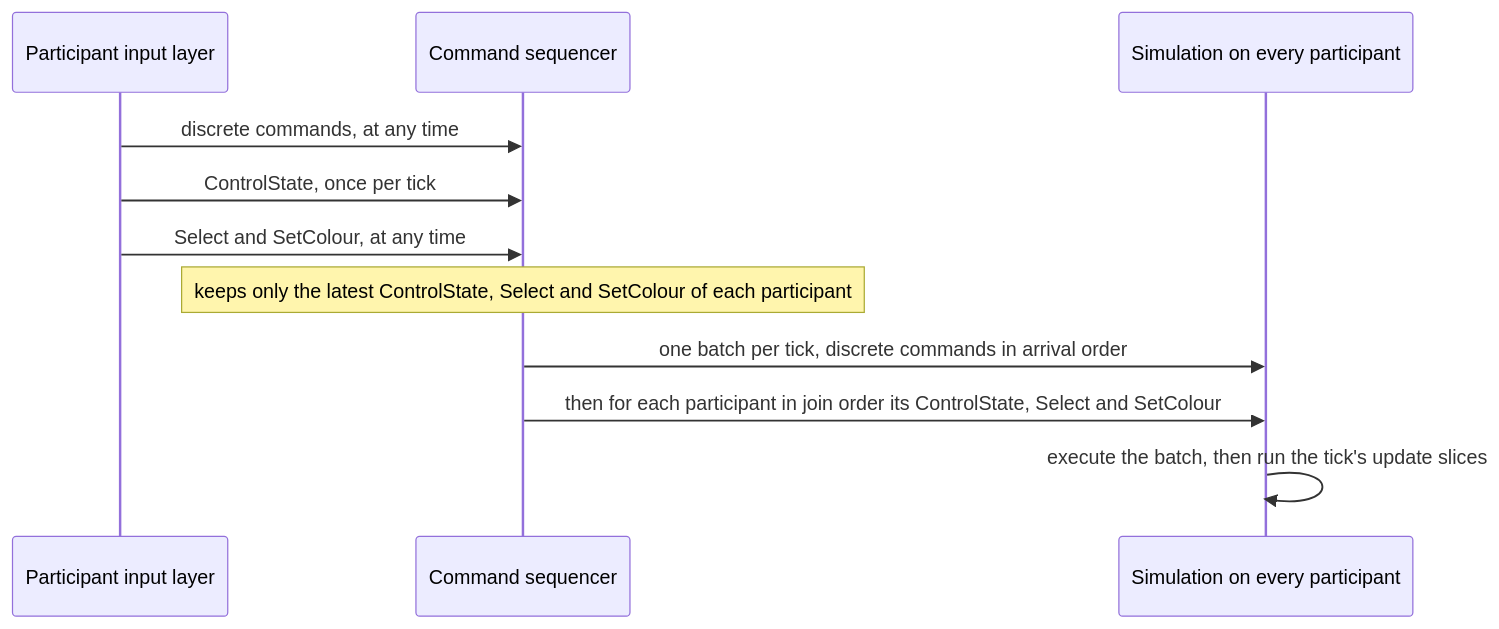
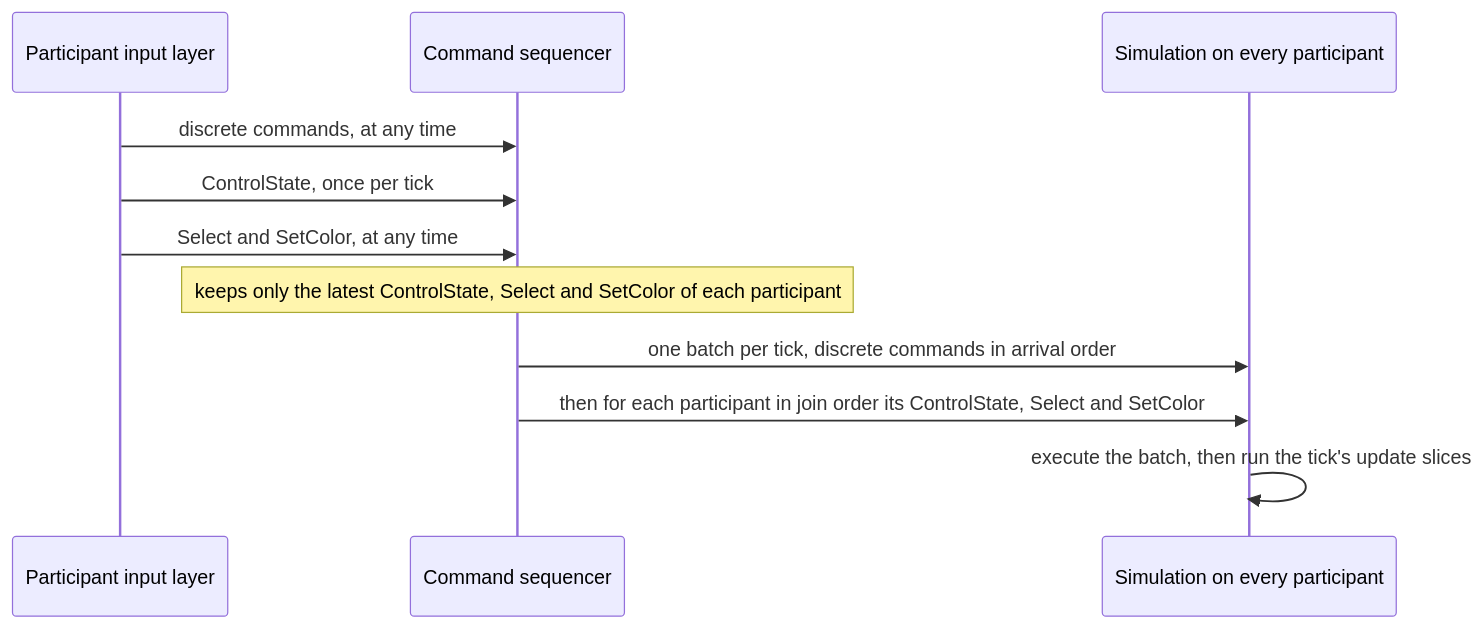
One commit to Zwaliebaba/Species.AI changed the third of 5 diagrams in design_next/reference/12_simulation_model/06_teams_and_player_commands.md. Above: the diagram before and after it, drawn with Mermaid. The commit also changed other lines of this file and 99 other files, not shown here.

````diff
--- a/design_next/reference/12_simulation_model/06_teams_and_player_commands.md
+++ b/design_next/reference/12_simulation_model/06_teams_and_player_commands.md
@@ -408,13 +423,13 @@
 ```mermaid
 sequenceDiagram
     participant P as Participant input layer
     participant S as Command sequencer
     participant W as Simulation on every participant
     P->>S: discrete commands, at any time
     P->>S: ControlState, once per tick
-    P->>S: Select and SetColour, at any time
-    Note over S: keeps only the latest ControlState, Select and SetColour of each participant
+    P->>S: Select and SetColor, at any time
+    Note over S: keeps only the latest ControlState, Select and SetColor of each participant
     S->>W: one batch per tick, discrete commands in arrival order
-    S->>W: then for each participant in join order its ControlState, Select and SetColour
+    S->>W: then for each participant in join order its ControlState, Select and SetColor
     W->>W: execute the batch, then run the tick's update slices
 ```
````
